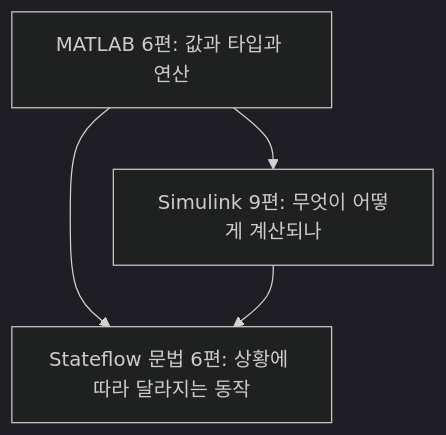
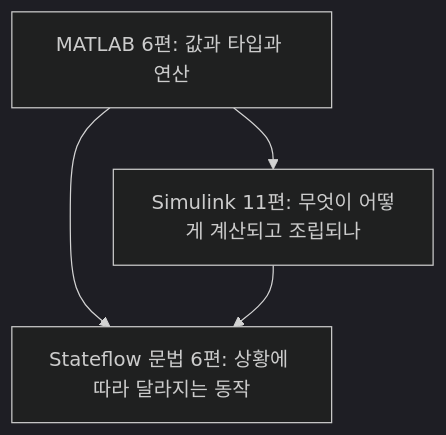
The diagram in _posts/matlab/2026-08-07-00-mp-series.md (genie4youu/genie4youu.github.io), drawn with Mermaid (dark theme) before and after one commit. The commit also changed other lines of this file and 34 other files, not shown here.

````diff
--- a/_posts/matlab/2026-08-07-00-mp-series.md
+++ b/_posts/matlab/2026-08-07-00-mp-series.md
@@ -23,6 +23,6 @@
 ```mermaid
 flowchart TD
-  M["MATLAB 6편: 값과 타입과 연산"] --> S["Simulink 9편: 무엇이 어떻게 계산되나"]
+  M["MATLAB 6편: 값과 타입과 연산"] --> S["Simulink 11편: 무엇이 어떻게 계산되고 조립되나"]
   M --> F["Stateflow 문법 6편: 상황에 따라 달라지는 동작"]
   S --> F
 ```
````
